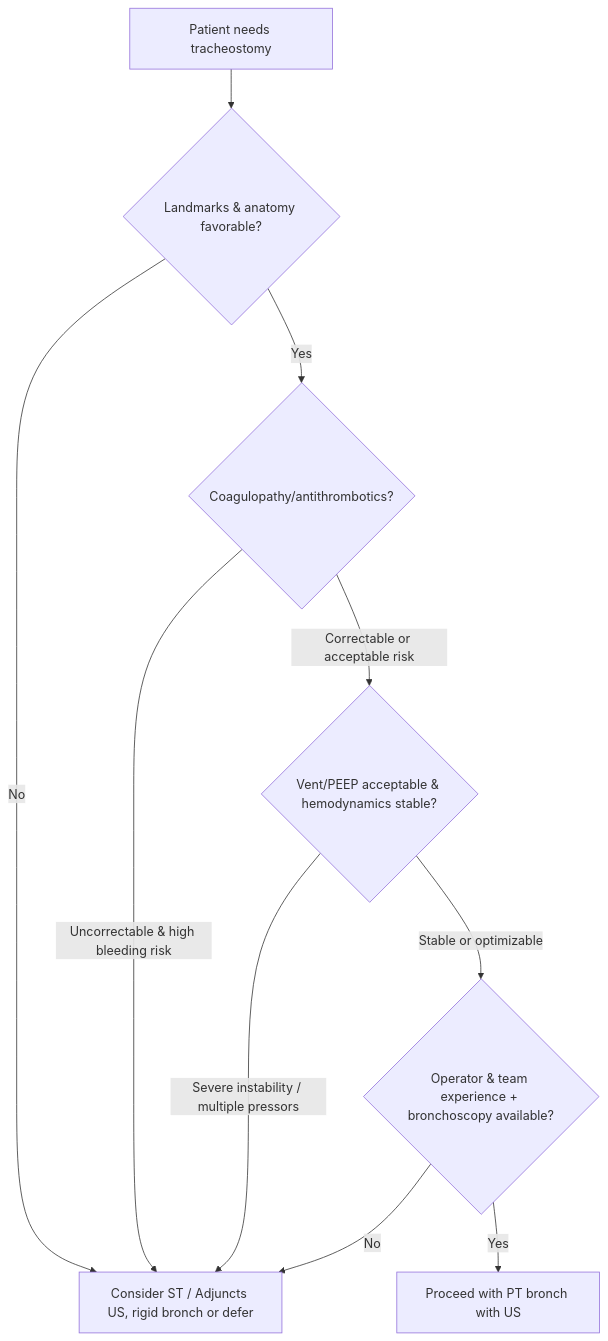
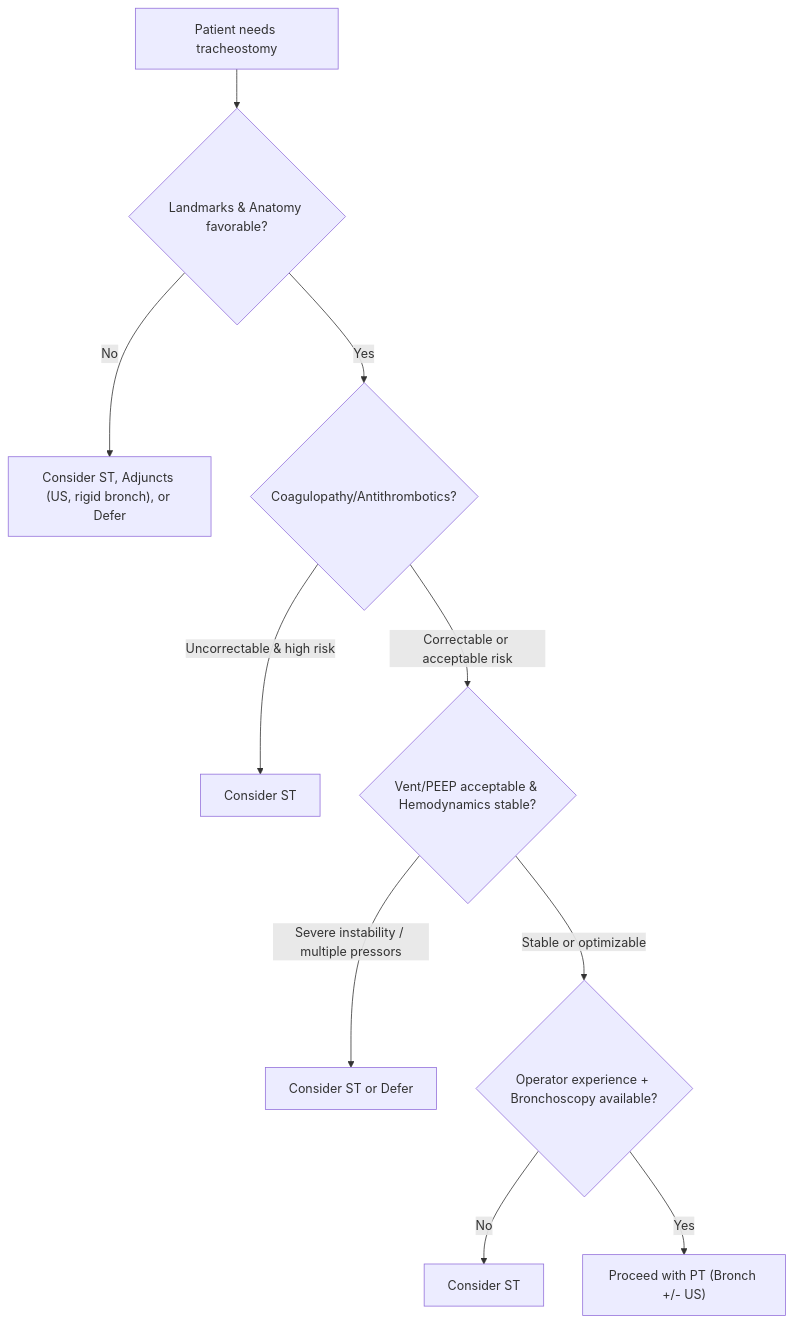
The first of 3 diagrams in content/modules/board/percutaneous-tracheostomy-and-cricothyroidotomy.mdx (russellmiller49/Interventional-Pulm-Education-Project), drawn with Mermaid before and after one commit. The commit also changed other lines of this file and 45 other files, not shown here.

````diff
--- a/content/modules/board/percutaneous-tracheostomy-and-cricothyroidotomy.mdx
+++ b/content/modules/board/percutaneous-tracheostomy-and-cricothyroidotomy.mdx
@@ -144,12 +127,12 @@
 ```mermaid
-flowchart TD
-A[Patient needs tracheostomy] --> B{Landmarks & anatomy favorable?}
-B -->|No| C[Consider ST / Adjuncts US, rigid bronch or defer]
-B -->|Yes| D{Coagulopathy/antithrombotics?}
-D -->|Uncorrectable & high bleeding risk| C
-D -->|Correctable or acceptable risk| E{Vent/PEEP acceptable & hemodynamics stable?}
-E -->|Severe instability / multiple pressors| C
-E -->|Stable or optimizable| F{Operator & team experience + bronchoscopy available?}
-F -->|No| C
-F -->|Yes| G[Proceed with PT bronch with US]
+graph TD
+        A["Patient needs tracheostomy"] --> B{"Landmarks & Anatomy favorable?"}
+        B -- No --> C["Consider ST, Adjuncts (US, rigid bronch), or Defer"]
+        B -- Yes --> D{"Coagulopathy/Antithrombotics?"}
+        D -- "Uncorrectable & high risk" --> E["Consider ST"]
+        D -- "Correctable or acceptable risk" --> F{"Vent/PEEP acceptable & Hemodynamics stable?"}
+        F -- "Severe instability / multiple pressors" --> G["Consider ST or Defer"]
+        F -- "Stable or optimizable" --> H{"Operator experience + Bronchoscopy available?"}
+        H -- No --> I["Consider ST"]
+        H -- Yes --> J["Proceed with PT (Bronch +/- US)"]
 ```
````
